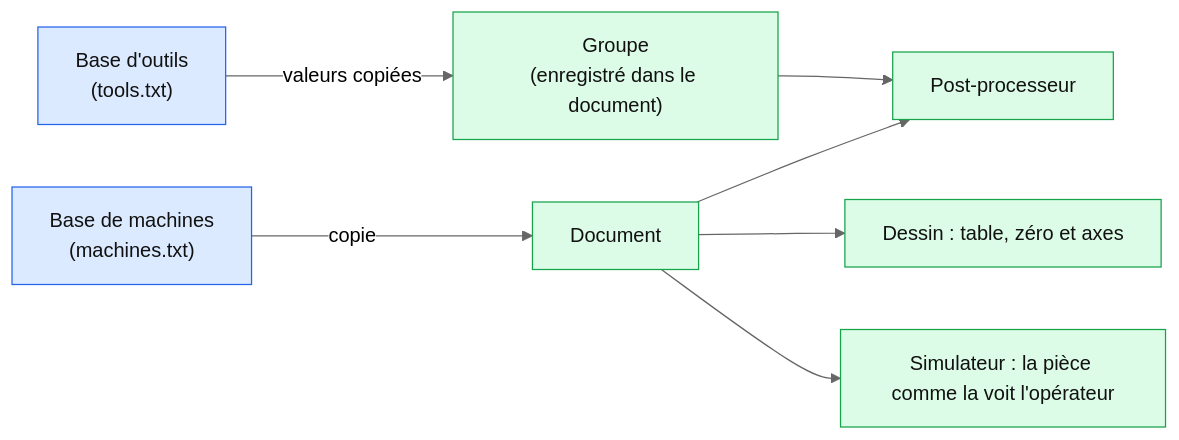
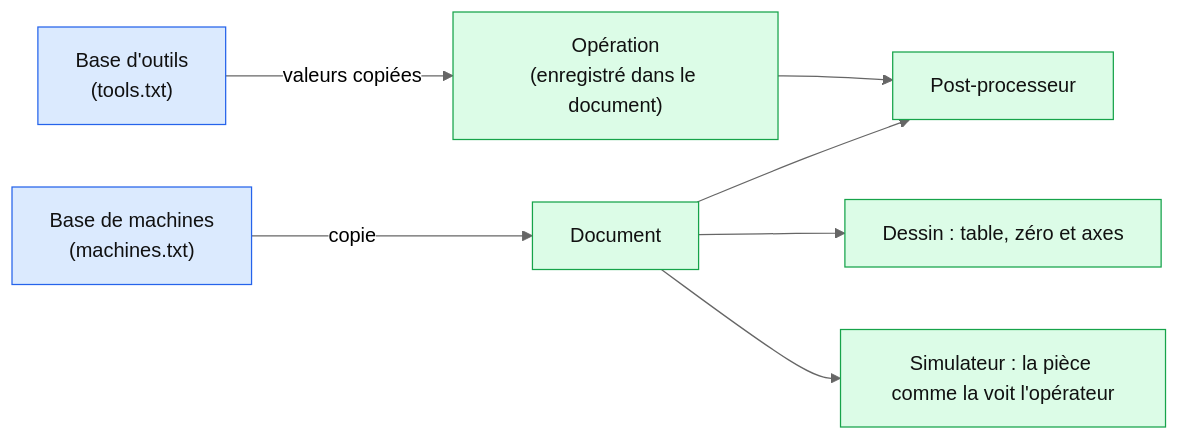
Before and after one commit to rebisway/openpostpro: the diagram in docs/TOOLS-MACHINES.fr.md, drawn with Mermaid (neutral theme). The commit also changed other lines of this file and 11 other files, not shown here.

````diff
--- a/docs/TOOLS-MACHINES.fr.md
+++ b/docs/TOOLS-MACHINES.fr.md
@@ -9,11 +9,11 @@
 ```mermaid
 flowchart LR
-  T["Base d'outils<br/>(tools.txt)"]:::data -->|"valeurs copiées"| G["Groupe<br/>(enregistré dans le document)"]:::app
+  T["Base d'outils<br/>(tools.txt)"]:::data -->|"valeurs copiées"| G["Opération<br/>(enregistré dans le document)"]:::app
   M["Base de machines<br/>(machines.txt)"]:::data -->|"copie"| D["Document"]:::app
   G --> P["Post-processeur"]:::app
   D --> P
   D --> S["Dessin : table, zéro et axes"]:::app
   D --> SIM["Simulateur : la pièce comme la voit l'opérateur"]:::app
   classDef data fill:#dbeafe,stroke:#2563eb,color:#111
   classDef app fill:#dcfce7,stroke:#16a34a,color:#111
 ```
````
